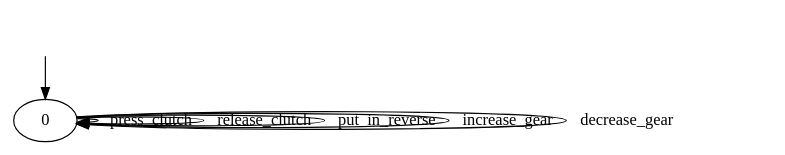
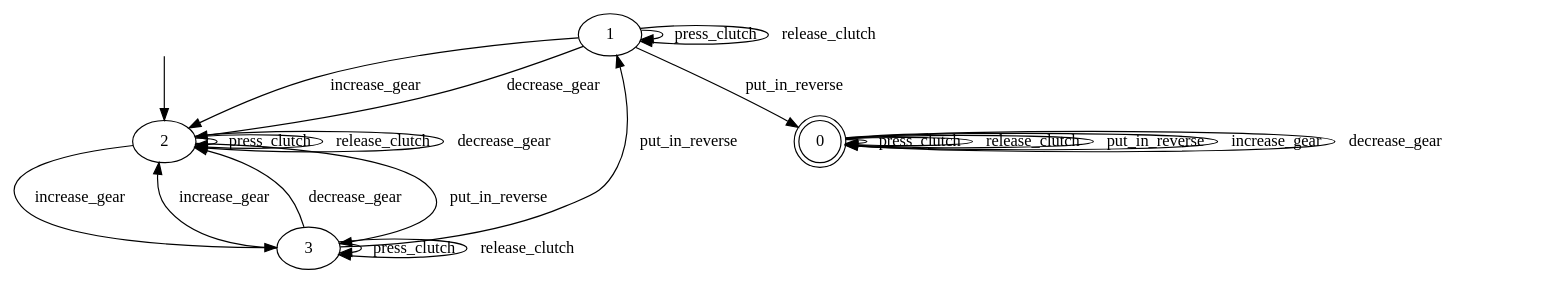
The diagram in output/gearbox_dfa_a.dot (tomyaacov/lstar_dont_care), drawn with Graphviz before and after one commit. The commit also changed 10 other files, not shown here.

```diff
--- a/output/gearbox_dfa_a.dot
+++ b/output/gearbox_dfa_a.dot
@@ -1,10 +1,28 @@
 digraph "output/gearbox_dfa_a" {
-0 [label=0];
+0 [label=0, shape=doublecircle];
+1 [label=1];
+2 [label=2];
+3 [label=3];
 0 -> 0  [label=press_clutch];
 0 -> 0  [label=release_clutch];
 0 -> 0  [label=put_in_reverse];
 0 -> 0  [label=increase_gear];
 0 -> 0  [label=decrease_gear];
+1 -> 1  [label=press_clutch];
+1 -> 1  [label=release_clutch];
+1 -> 0  [label=put_in_reverse];
+1 -> 2  [label=increase_gear];
+1 -> 2  [label=decrease_gear];
+2 -> 2  [label=press_clutch];
+2 -> 2  [label=release_clutch];
+2 -> 3  [label=put_in_reverse];
+2 -> 3  [label=increase_gear];
+2 -> 2  [label=decrease_gear];
+3 -> 3  [label=press_clutch];
+3 -> 3  [label=release_clutch];
+3 -> 1  [label=put_in_reverse];
+3 -> 2  [label=increase_gear];
+3 -> 2  [label=decrease_gear];
 __start0 [label="", shape=none];
-__start0 -> 0  [label=""];
+__start0 -> 2  [label=""];
 }
```
